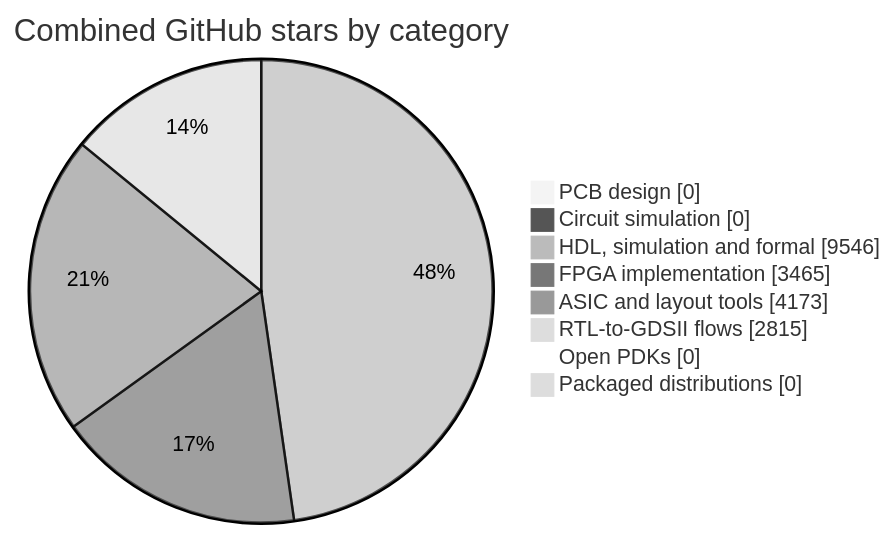
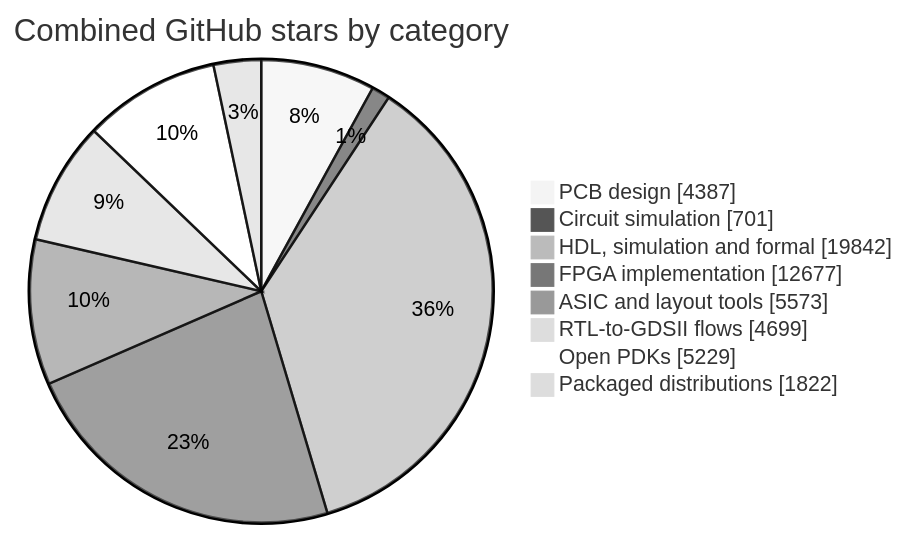
One commit to EdisonTKPcom/Awesome-Craft-Hardware changed the diagram in README.md. Above: the diagram before and after it, drawn with Mermaid (neutral theme). The commit also changed other lines of this file, not shown here.

````diff
--- a/README.md
+++ b/README.md
@@ -65,12 +67,12 @@
 ```mermaid
 pie showData
     title Combined GitHub stars by category
-    "PCB design" : 0
-    "Circuit simulation" : 0
-    "HDL, simulation and formal" : 9546
-    "FPGA implementation" : 3465
-    "ASIC and layout tools" : 4173
-    "RTL-to-GDSII flows" : 2815
-    "Open PDKs" : 0
-    "Packaged distributions" : 0
+    "PCB design" : 4387
+    "Circuit simulation" : 701
+    "HDL, simulation and formal" : 19842
+    "FPGA implementation" : 12677
+    "ASIC and layout tools" : 5573
+    "RTL-to-GDSII flows" : 4699
+    "Open PDKs" : 5229
+    "Packaged distributions" : 1822
 ```
````
